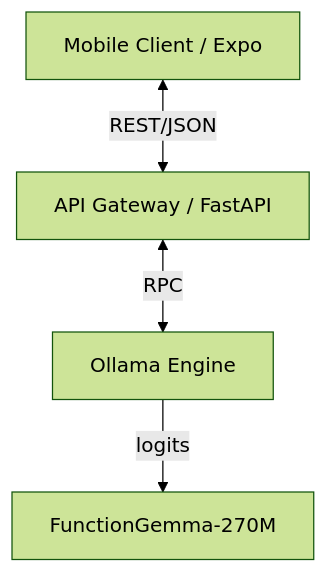
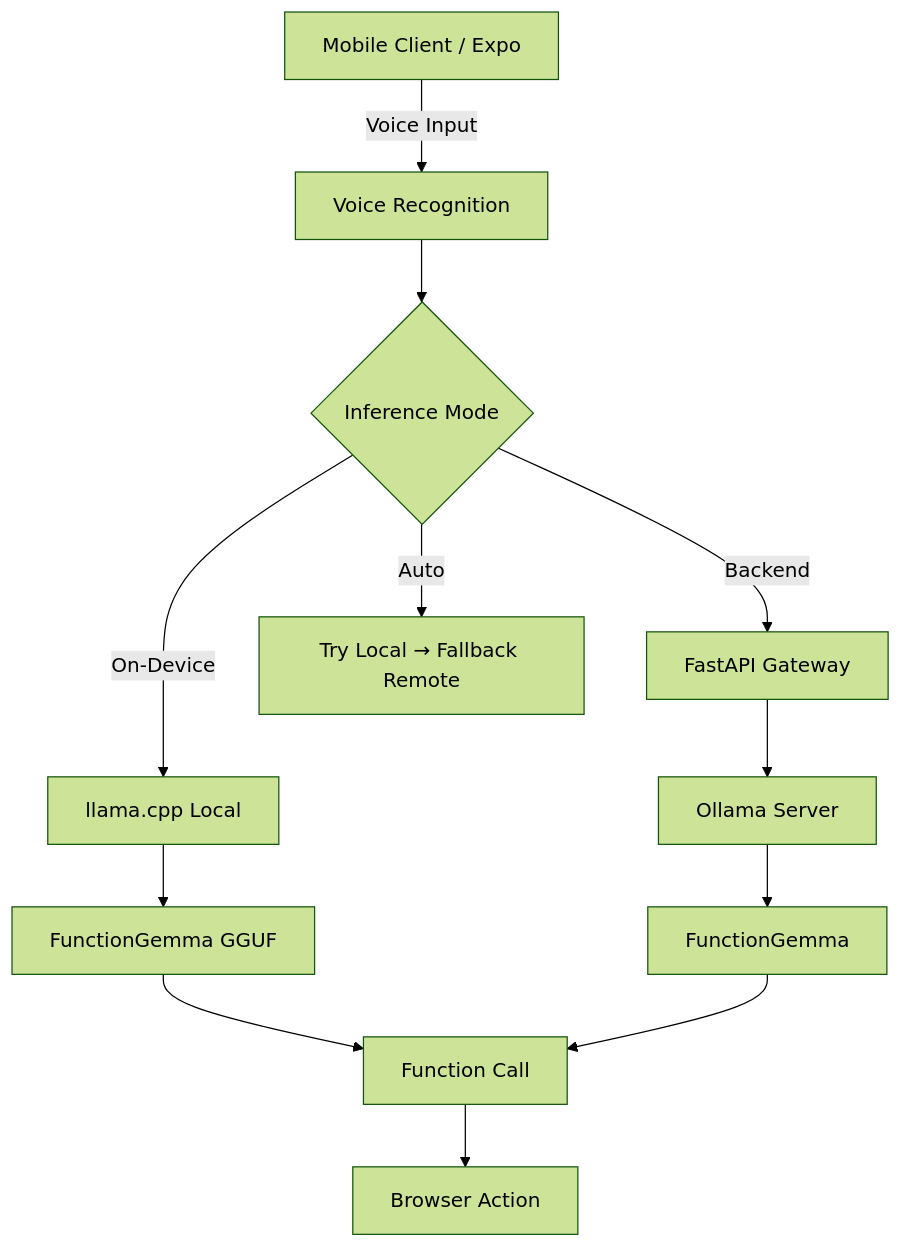
The diagram in README.md (Vatsa10/Novaa), drawn with Mermaid (forest theme) before and after one commit. The commit also changed other lines of this file and 8 other files, not shown here.

Commit message:
llama cpp wrapper for AI inference

````diff
--- a/README.md
+++ b/README.md
@@ -13,6 +15,14 @@
 ```mermaid
 graph TD
-    Client[Mobile Client / Expo] <-->|REST/JSON| Gateway[API Gateway / FastAPI]
-    Gateway <-->|RPC| Inference[Ollama Engine]
-    Inference -->|logits| Model[FunctionGemma-270M]
+    A[Mobile Client / Expo] -->|Voice Input| B[Voice Recognition]
+    B --> C{Inference Mode}
+    C -->|On-Device| D[llama.cpp Local]
+    C -->|Backend| E[FastAPI Gateway]
+    C -->|Auto| F[Try Local → Fallback Remote]
+    D --> G[FunctionGemma GGUF]
+    E --> H[Ollama Server]
+    H --> I[FunctionGemma]
+    G --> J[Function Call]
+    I --> J
+    J --> K[Browser Action]
 ```
````
